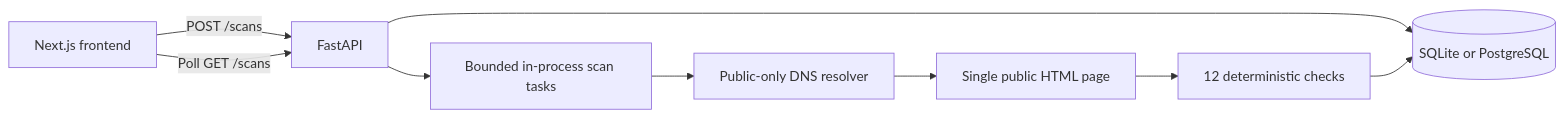
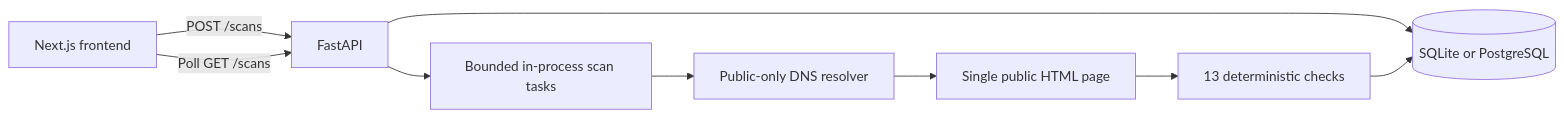
The diagram in docs/architecture.md (ayesha02025S/Site-Scan), drawn with Mermaid before and after one commit. The commit also changed 5 other files, not shown here.

````diff
--- a/docs/architecture.md
+++ b/docs/architecture.md
@@ -3,11 +3,11 @@
 ```mermaid
 flowchart LR
     Browser[Next.js frontend] -->|POST /scans| API[FastAPI]
     Browser -->|Poll GET /scans| API
     API --> DB[(SQLite or PostgreSQL)]
     API --> Tasks[Bounded in-process scan tasks]
     Tasks --> Resolver[Public-only DNS resolver]
     Resolver --> Website[Single public HTML page]
-    Website --> Checks[12 deterministic checks]
+    Website --> Checks[13 deterministic checks]
     Checks --> DB
 ```
````
